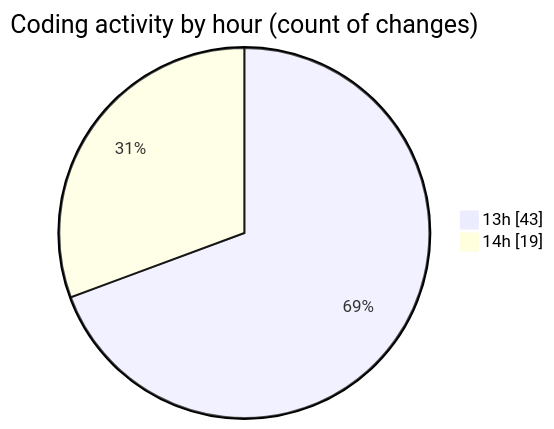
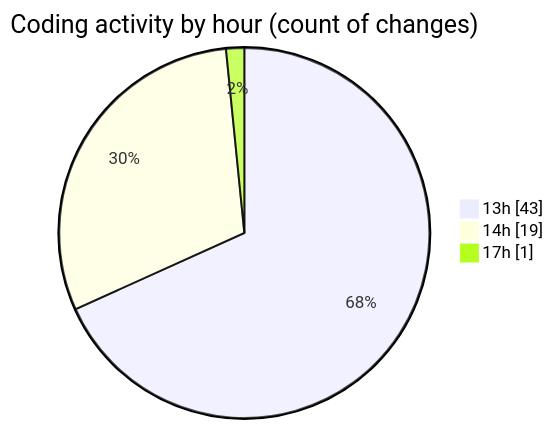
One commit to MatusMokan/code-tracking changed the second of 2 diagrams in 2025-10-04/untitled__workspace_/README.md. Above: the diagram before and after it, drawn with Mermaid. The commit also changed other lines of this file and 1 other file, not shown here.

````diff
--- a/2025-10-04/untitled__workspace_/README.md
+++ b/2025-10-04/untitled__workspace_/README.md
@@ -45,6 +45,7 @@
 ```mermaid
 pie showData
 title Coding activity by hour (count of changes)
 "13h" : 43
 "14h" : 19
+"17h" : 1
 ```
````
